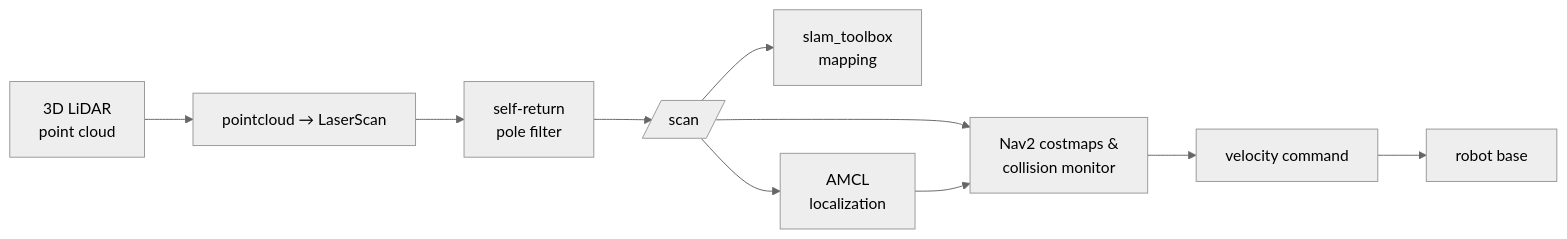
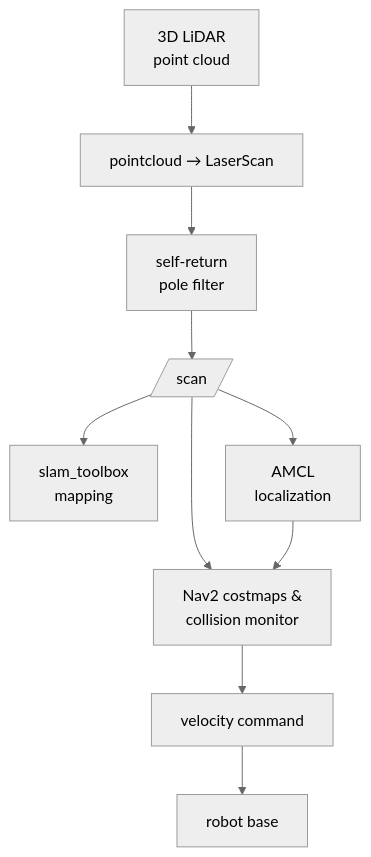
Before and after one commit to kimddo1/robotics-internship-case-study: the first of 3 diagrams in README.md, drawn with Mermaid (neutral theme).

Commit message:
Make 2D pipeline diagram vertical for readability

````diff
--- a/README.md
+++ b/README.md
@@ -36,11 +36,11 @@
 ```mermaid
-flowchart LR
+flowchart TD
     L[3D LiDAR<br/>point cloud] --> C[pointcloud → LaserScan]
     C --> F[self-return<br/>pole filter]
     F --> S[/scan/]
     S --> M[slam_toolbox<br/>mapping]
     S --> A[AMCL<br/>localization]
     S --> N[Nav2 costmaps &<br/>collision monitor]
     A --> N
     N --> V[velocity command] --> B[robot base]
 ```
````
